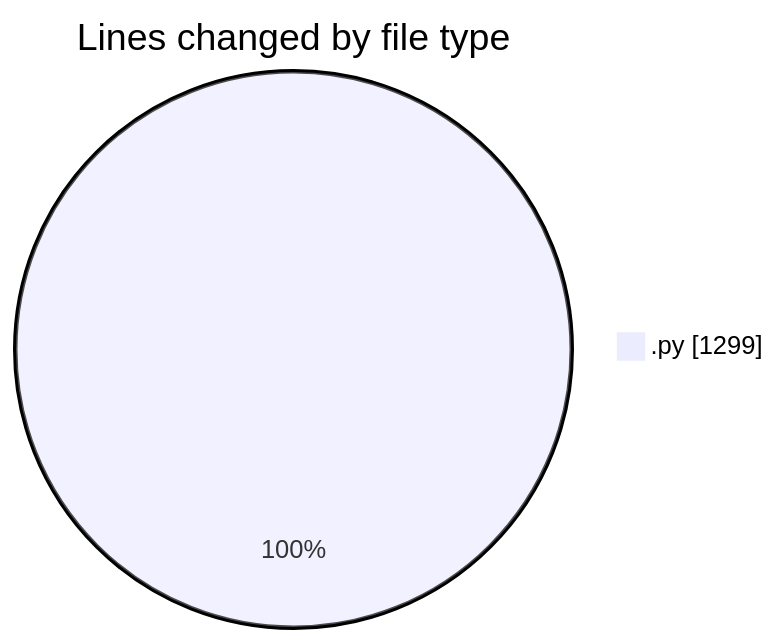
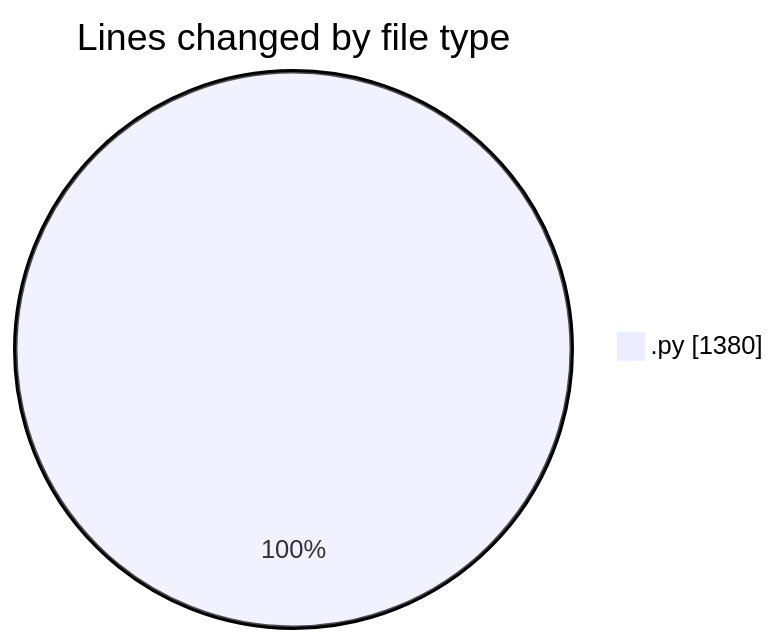
One commit to MatusMokan/code-tracking changed the first of 2 diagrams in 2025-04-18/myws__workspace_/README.md. Above: the diagram before and after it, drawn with Mermaid. The commit also changed other lines of this file and 1 other file, not shown here.

````diff
--- a/2025-04-18/myws__workspace_/README.md
+++ b/2025-04-18/myws__workspace_/README.md
@@ -20,5 +20,5 @@
 ```mermaid
 pie showData
 title Lines changed by file type
-".py" : 1299
+".py" : 1380
 ```
````
